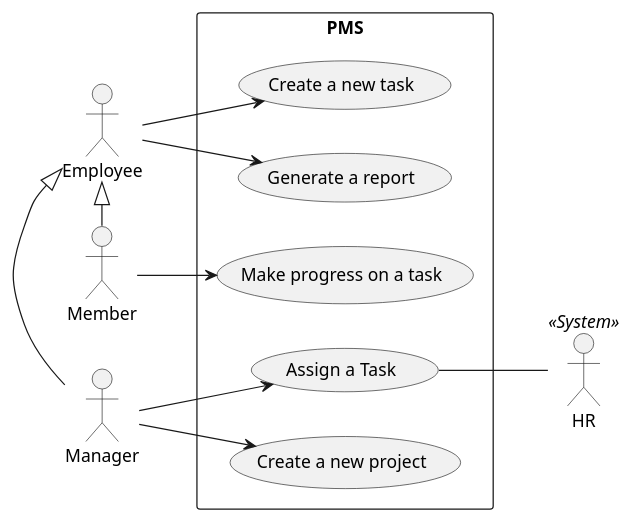
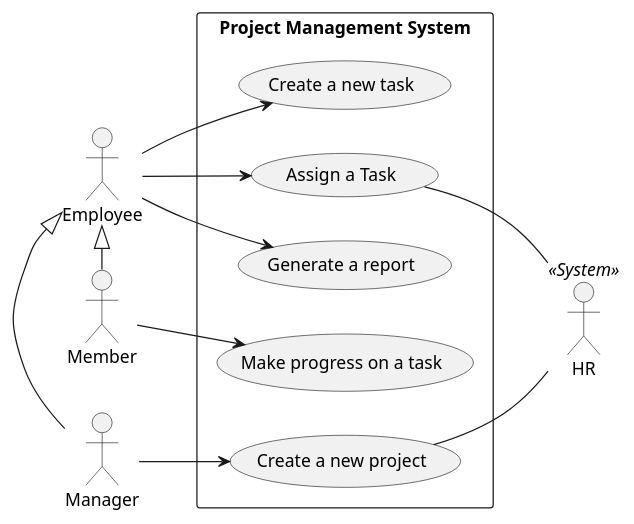
One commit to mosser/ood-dojo changed the diagram in src/03_1_uc_ext.puml. Above: the diagram before and after it, drawn with PlantUML. The commit also changed 12 other files, not shown here.

Commit message:
check manager when saving project

```diff
--- a/src/03_1_uc_ext.puml
+++ b/src/03_1_uc_ext.puml
@@ -1,22 +1,22 @@
 @startuml
 left to right direction
-skinparam packageStyle rectangle
 
 actor Employee
 actor Manager
 actor Member
 actor HR <<System>>
 
 Employee <|- Manager
 Employee <|- Member
 
-rectangle PMS {
+rectangle "Project Management System" {
   Employee --> (Generate a report)
   Employee --> (Create a new task)
-  Manager  --> (Assign a Task)
+  Employee --> (Assign a Task)
   (Assign a Task) -- HR
   Manager  --> (Create a new project)
+  (Create a new project) -- HR
   Member   --> (Make progress on a task)
 }
 
 @enduml
```
